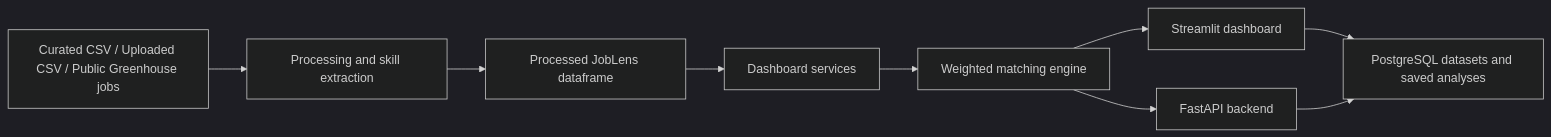
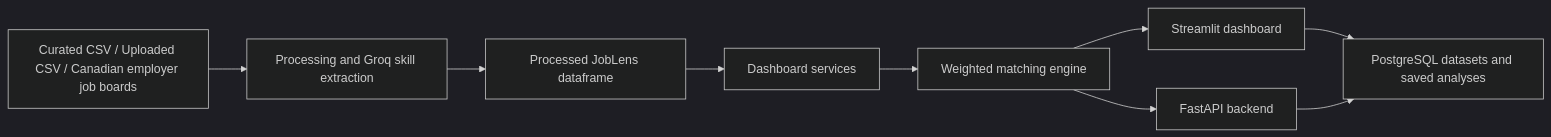
One commit to rpss30/JobLens-AI changed the diagram in README.md. Above: the diagram before and after it, drawn with Mermaid (dark theme). The commit also changed other lines of this file and 16 other files, not shown here.

Commit message:
add groq enriched canada jobs snapshot

````diff
--- a/README.md
+++ b/README.md
@@ -27,11 +29,11 @@
 ```mermaid
 flowchart LR
-    A["Curated CSV / Uploaded CSV / Public Greenhouse jobs"] --> B["Processing and skill extraction"]
+    A["Curated CSV / Uploaded CSV / Canadian employer job boards"] --> B["Processing and Groq skill extraction"]
     B --> C["Processed JobLens dataframe"]
     C --> D["Dashboard services"]
     D --> E["Weighted matching engine"]
     E --> F["Streamlit dashboard"]
     E --> G["FastAPI backend"]
     F --> H["PostgreSQL datasets and saved analyses"]
     G --> H
 ```
````
